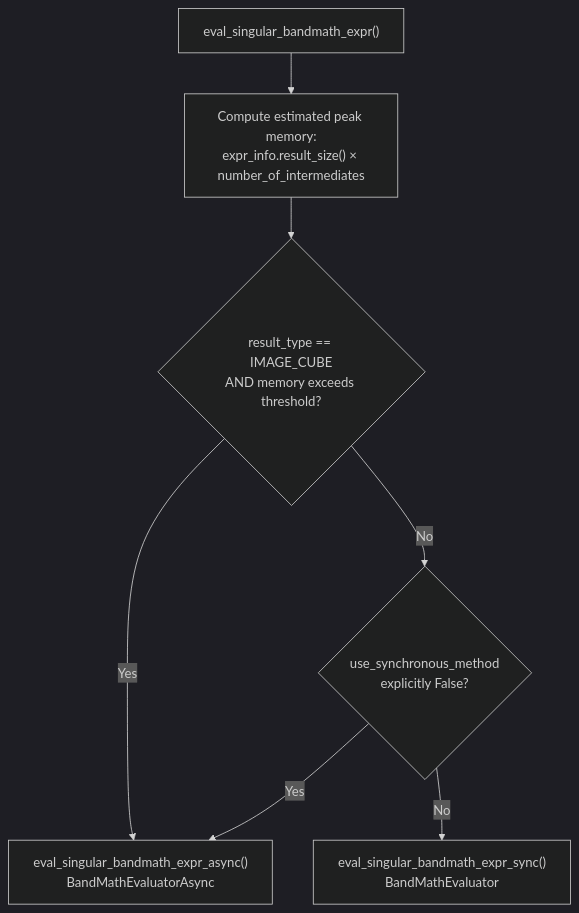
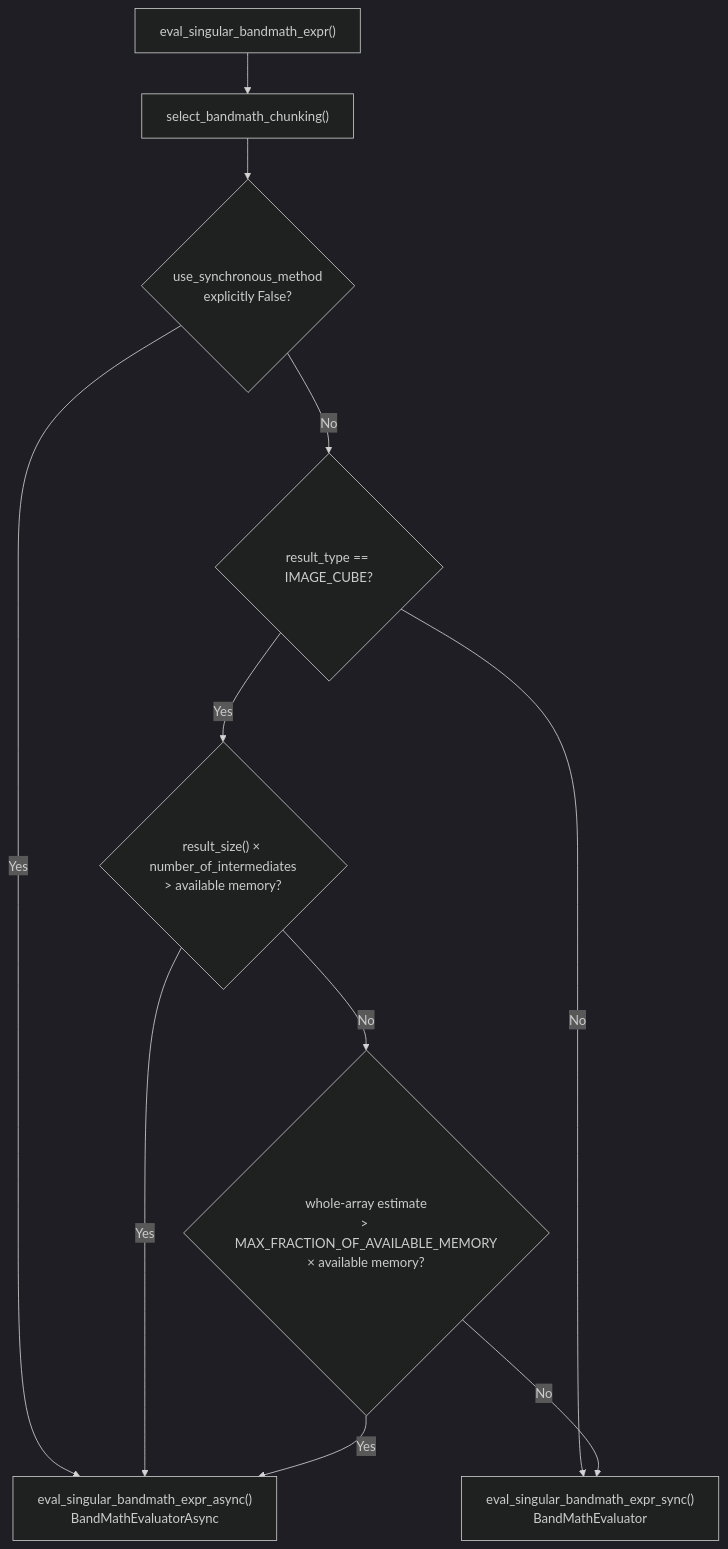
The third of 6 diagrams in doc/sphinx-general-wiser-docs/source/developer-content/bandmath-internals.md (Ehlmann-research-group/WISER), drawn with Mermaid (dark theme) before and after one commit. The commit also changed other lines of this file and 1 other file, not shown here.

First line of the commit message:
docs: describe band-math path selection and the memory refusal (#813)

````diff
--- a/doc/sphinx-general-wiser-docs/source/developer-content/bandmath-internals.md
+++ b/doc/sphinx-general-wiser-docs/source/developer-content/bandmath-internals.md
@@ -144,9 +145,13 @@
 ```{mermaid}
 flowchart TD
-    A["eval_singular_bandmath_expr()"] --> B["Compute estimated peak memory:\nexpr_info.result_size() × number_of_intermediates"]
-    B --> C{"result_type == IMAGE_CUBE\nAND memory exceeds threshold?"}
-    C -- Yes --> ASYNC["eval_singular_bandmath_expr_async()\nBandMathEvaluatorAsync"]
-    C -- No --> D{"use_synchronous_method\nexplicitly False?"}
-    D -- Yes --> ASYNC
-    D -- No --> SYNC["eval_singular_bandmath_expr_sync()\nBandMathEvaluator"]
+    A["eval_singular_bandmath_expr()"] --> S["select_bandmath_chunking()"]
+    S --> D{"use_synchronous_method\nexplicitly False?"}
+    D -- Yes --> ASYNC["eval_singular_bandmath_expr_async()\nBandMathEvaluatorAsync"]
+    D -- No --> C{"result_type == IMAGE_CUBE?"}
+    C -- No --> SYNC["eval_singular_bandmath_expr_sync()\nBandMathEvaluator"]
+    C -- Yes --> B{"result_size() × number_of_intermediates\n> available memory?"}
+    B -- Yes --> ASYNC
+    B -- No --> E{"whole-array estimate\n> MAX_FRACTION_OF_AVAILABLE_MEMORY\n× available memory?"}
+    E -- Yes --> ASYNC
+    E -- No --> SYNC
 ```
````
